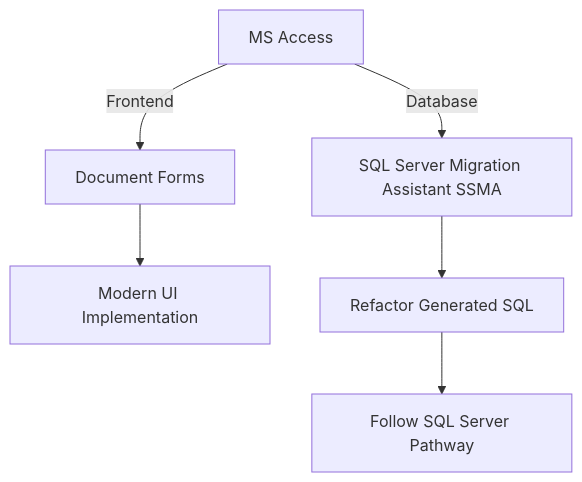
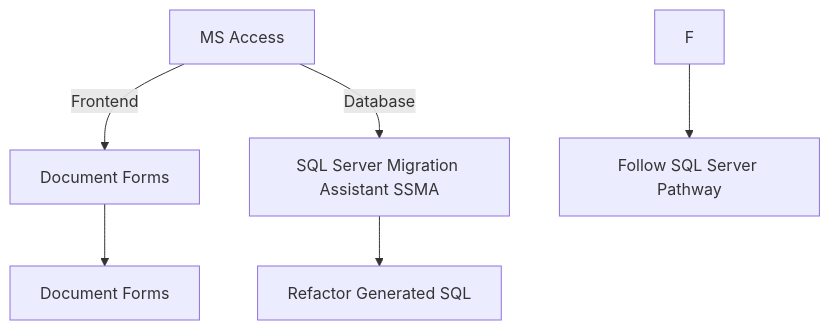
The diagram in playbook/pages/pathways/ms-access/README.md (DEFRA/defra-ai-legacy-modernisation), drawn with Mermaid before and after one commit. The commit also changed 4 other files, not shown here.

````diff
--- a/playbook/pages/pathways/ms-access/README.md
+++ b/playbook/pages/pathways/ms-access/README.md
@@ -12,8 +12,8 @@
-<pre class="mermaid">
+```mermaid
 graph TD
     A[MS Access] -->|Frontend| B[Document Forms]
-    B --> C[Modern UI Implementation]
+    B --> C[Document Forms]
     A -->|Database| D[SQL Server Migration Assistant SSMA]
     D --> E[Refactor Generated SQL]
-    E --> F[Follow SQL Server Pathway]
-</pre>
+    F --> G[Follow SQL Server Pathway]
+```
````
